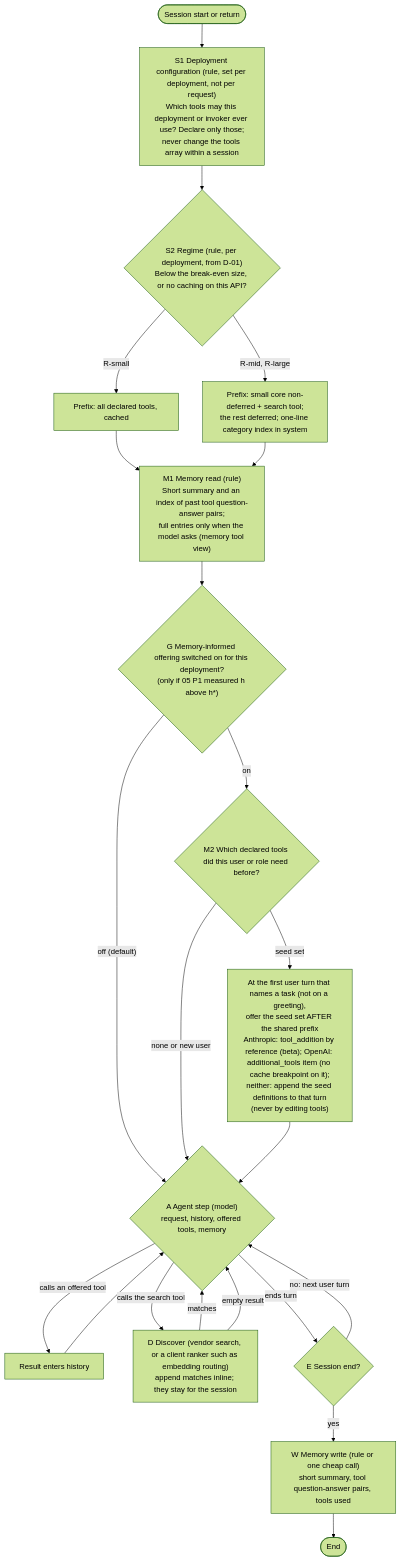
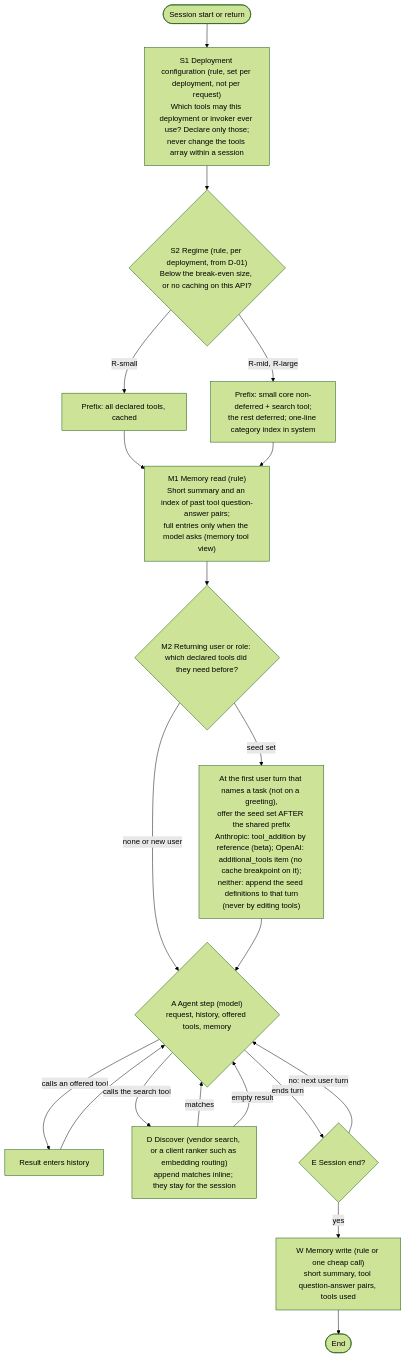
The diagram in design/package-v5/04-design.md (omarelansary/thesis-policy-design), drawn with Mermaid (forest theme) before and after one commit. The commit also changed other lines of this file and 22 other files, not shown here.

````diff
--- a/design/package-v5/04-design.md
+++ b/design/package-v5/04-design.md
@@ -25,25 +25,23 @@
 ```mermaid
 flowchart TD
   S([Session start or return]) --> S1["S1 Deployment configuration (rule, set per deployment, not per request)<br/>Which tools may this deployment or invoker ever use? Declare only those;<br/>never change the tools array within a session"]
   S1 --> S2{"S2 Regime (rule, per deployment, from D-01)<br/>Below the break-even size, or no caching on this API?"}
   S2 -->|"R-small"| P0a["Prefix: all declared tools, cached"]
   S2 -->|"R-mid, R-large"| P0b["Prefix: small core non-deferred + search tool;<br/>the rest deferred; one-line category index in system"]
   P0a --> M1
   P0b --> M1["M1 Memory read (rule)<br/>Short summary and an index of past tool question-answer pairs;<br/>full entries only when the model asks (memory tool view)"]
-  M1 --> G{"G Memory-informed offering switched on for this deployment?<br/>(only if 05 P1 measured h above h*)"}
-  G -->|"off (default)"| A
-  G -->|"on"| M2{"M2 Which declared tools did this user or role need before?"}
+  M1 --> M2{"M2 Returning user or role: which declared tools did they need before?"}
   M2 -->|"none or new user"| A
   M2 -->|"seed set"| M3["At the first user turn that names a task (not on a greeting),<br/>offer the seed set AFTER the shared prefix<br/>Anthropic: tool_addition by reference (beta); OpenAI: additional_tools item (no cache breakpoint on it);<br/>neither: append the seed definitions to that turn<br/>(never by editing tools)"]
   M3 --> A
   A{"A Agent step (model)<br/>request, history, offered tools, memory"}
   A -->|"calls an offered tool"| R["Result enters history"]
   R --> A
   A -->|"calls the search tool"| D["D Discover (vendor search, or a client ranker such as embedding routing)<br/>append matches inline; they stay for the session"]
   D -->|"matches"| A
   D -->|"empty result"| A
   A -->|"ends turn"| E{"E Session end?"}
   E -->|"no: next user turn"| A
   E -->|"yes"| W["W Memory write (rule or one cheap call)<br/>short summary, tool question-answer pairs, tools used"]
   W --> Z([End])
 ```
````
